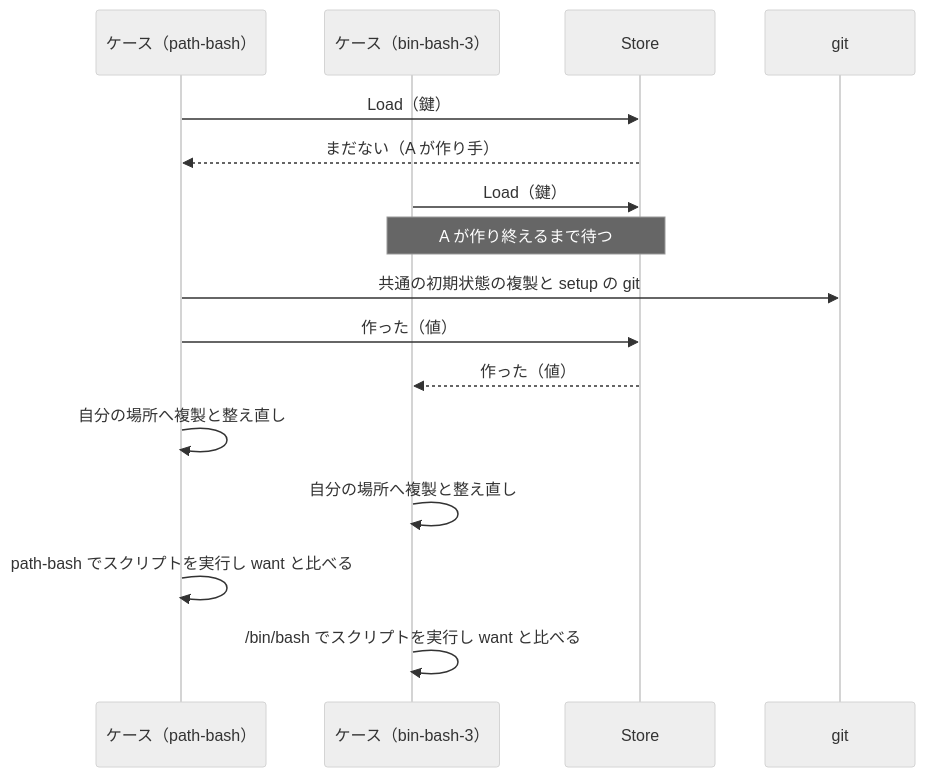
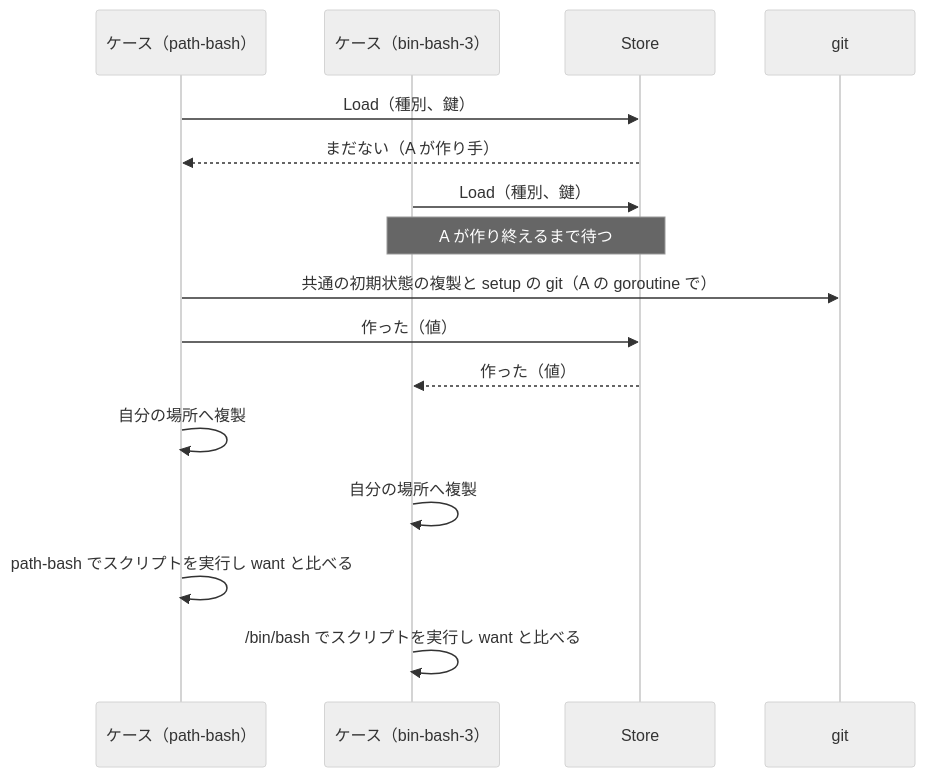
One commit to isseis/yt2column changed the third of 4 diagrams in docs/tasks/0127_git_fixture_test_speedup/02_architecture.md. Above: the diagram before and after it, drawn with Mermaid (neutral theme). The commit also changed other lines of this file, not shown here.

First line of the commit message:
docs(0127): address the architecture review and Japanese prose findings

````diff
--- a/docs/tasks/0127_git_fixture_test_speedup/02_architecture.md
+++ b/docs/tasks/0127_git_fixture_test_speedup/02_architecture.md
@@ -353,19 +378,19 @@
 ```mermaid
 sequenceDiagram
     participant A as ケース（path-bash）
     participant B as ケース（bin-bash-3）
     participant S as Store
     participant G as git
 
-    A->>S: Load（鍵）
+    A->>S: Load（種別、鍵）
     S-->>A: まだない（A が作り手）
-    B->>S: Load（鍵）
+    B->>S: Load（種別、鍵）
     Note over B,S: A が作り終えるまで待つ
-    A->>G: 共通の初期状態の複製と setup の git
+    A->>G: 共通の初期状態の複製と setup の git（A の goroutine で）
     A->>S: 作った（値）
     S-->>B: 作った（値）
-    A->>A: 自分の場所へ複製と整え直し
-    B->>B: 自分の場所へ複製と整え直し
+    A->>A: 自分の場所へ複製
+    B->>B: 自分の場所へ複製
     A->>A: path-bash でスクリプトを実行し want と比べる
     B->>B: /bin/bash でスクリプトを実行し want と比べる
 ```
````
